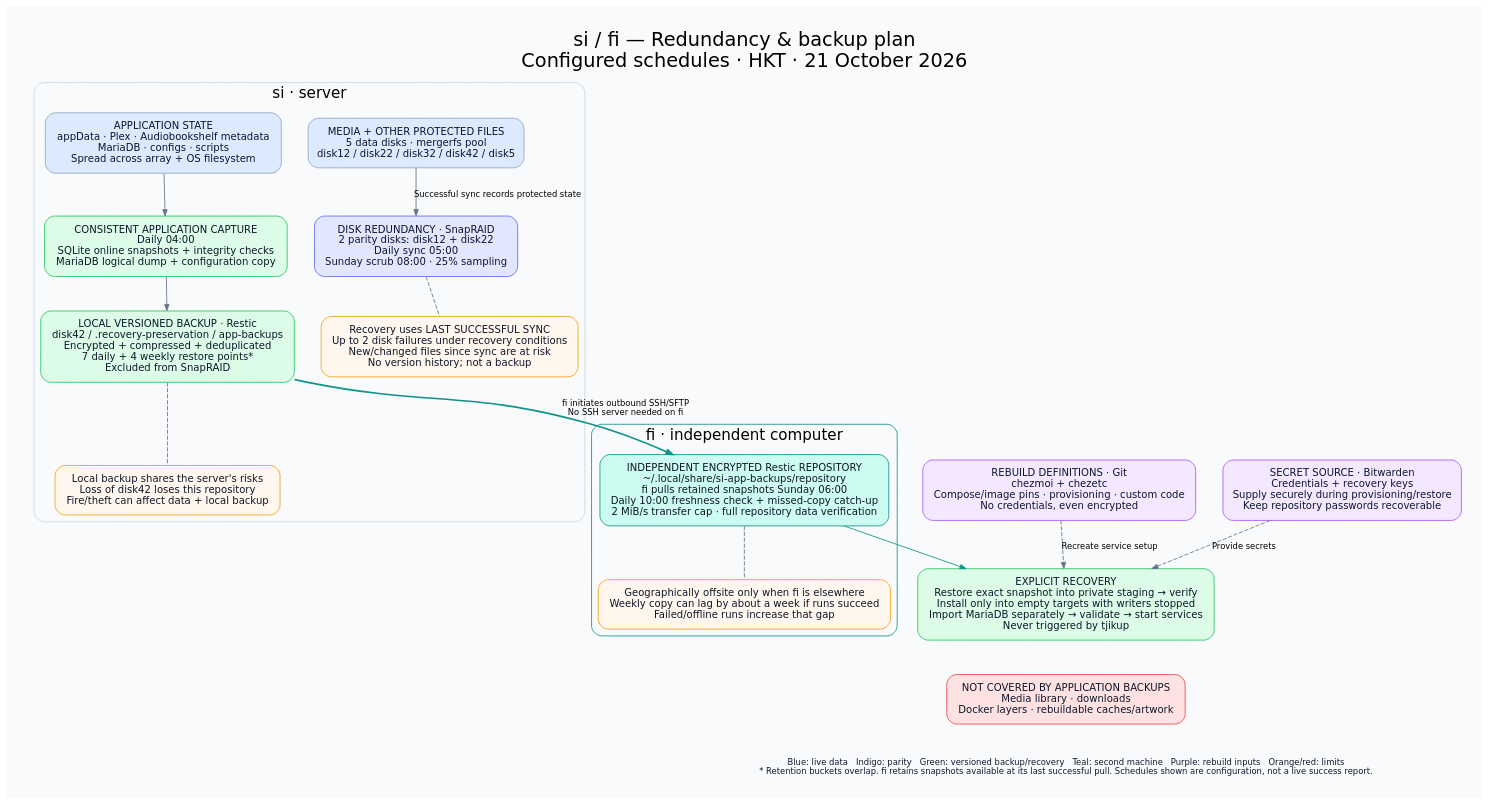
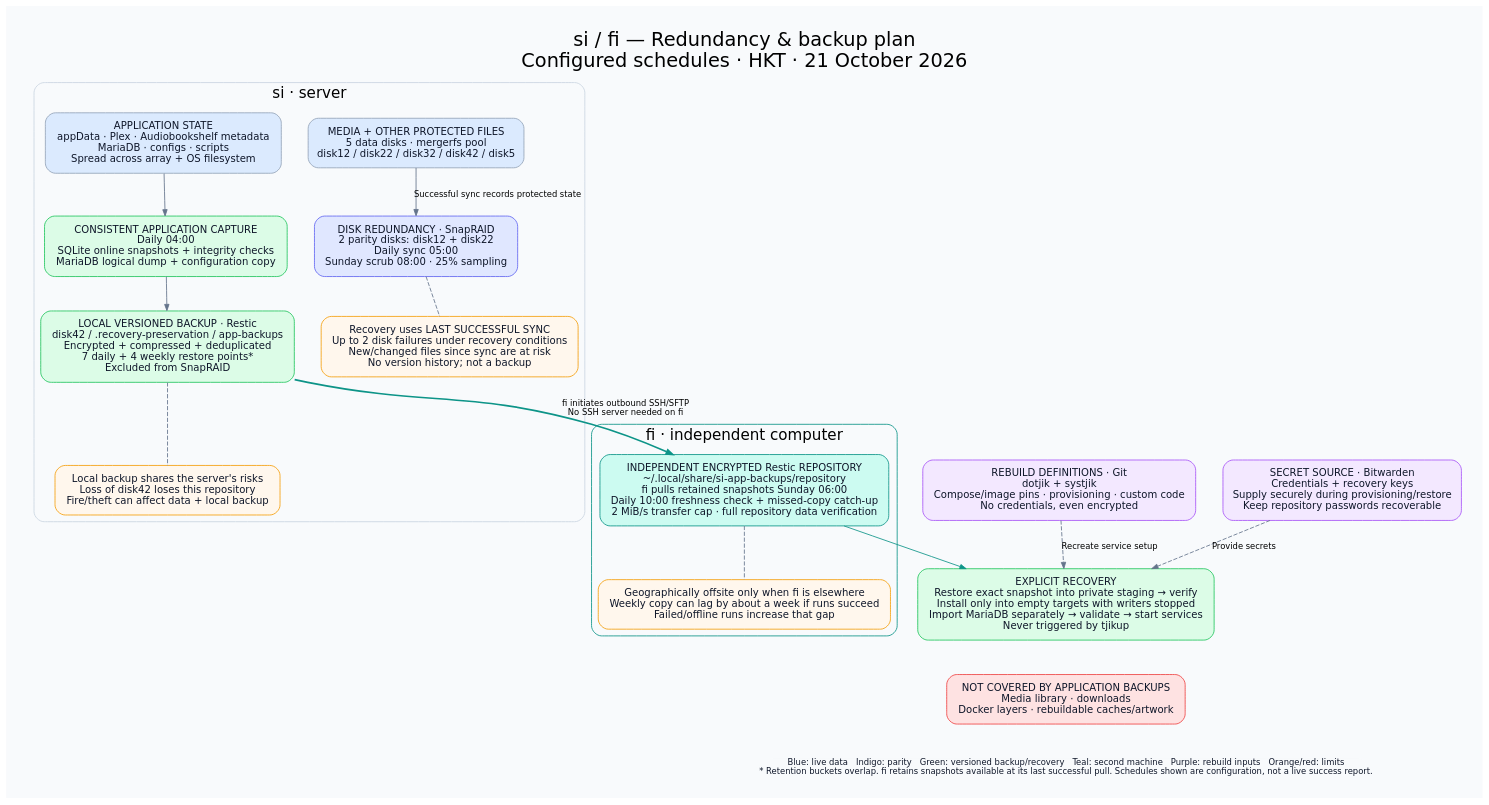
One commit to tijptjik/dotfiles changed the diagram in docs/assets/si-redundancy-backup-plan.dot. Above: the diagram before and after it, drawn with Graphviz. The commit also changed 953 other files, not shown here.

```diff
--- a/docs/assets/si-redundancy-backup-plan.dot
+++ b/docs/assets/si-redundancy-backup-plan.dot
@@ -1,39 +1,39 @@
 digraph plan {
  graph [rankdir=TB, bgcolor="#f8fafc", pad="0.35", nodesep="0.45", ranksep="0.55", fontname="DejaVu Sans", labelloc=t, label="si / fi — Redundancy & backup plan\nConfigured schedules · HKT · 21 October 2026", fontsize=23];
  node [shape=box, style="rounded,filled", fontname="DejaVu Sans", fontsize=12, margin="0.20,0.14", color="#94a3b8", fontcolor="#0f172a"];
  edge [fontname="DejaVu Sans", fontsize=10, color="#64748b", arrowsize=0.75];
  subgraph cluster_si {
   label="si · server"; fontsize=18; color="#cbd5e1"; style=rounded;
   media [fillcolor="#dbeafe", label="MEDIA + OTHER PROTECTED FILES\n5 data disks · mergerfs pool\ndisk12 / disk22 / disk32 / disk42 / disk5"];
   app [fillcolor="#dbeafe", label="APPLICATION STATE\nappData · Plex · Audiobookshelf metadata\nMariaDB · configs · scripts\nSpread across array + OS filesystem"];
   parity [fillcolor="#e0e7ff", color="#6366f1", label="DISK REDUNDANCY · SnapRAID\n2 parity disks: disk12 + disk22\nDaily sync 05:00\nSunday scrub 08:00 · 25% sampling"];
   consistent [fillcolor="#dcfce7", color="#22c55e", label="CONSISTENT APPLICATION CAPTURE\nDaily 04:00\nSQLite online snapshots + integrity checks\nMariaDB logical dump + configuration copy"];
   local [fillcolor="#dcfce7", color="#22c55e", label="LOCAL VERSIONED BACKUP · Restic\ndisk42 / .recovery-preservation / app-backups\nEncrypted + compressed + deduplicated\n7 daily + 4 weekly restore points*\nExcluded from SnapRAID"];
   paritynote [fillcolor="#fff7ed", color="#f59e0b", label="Recovery uses LAST SUCCESSFUL SYNC\nUp to 2 disk failures under recovery conditions\nNew/changed files since sync are at risk\nNo version history; not a backup"];
   localnote [fillcolor="#fff7ed", color="#f59e0b", label="Local backup shares the server's risks\nLoss of disk42 loses this repository\nFire/theft can affect data + local backup"];
   media -> parity [label="Successful sync records protected state"];
   app -> consistent -> local;
   parity -> paritynote [style=dashed, arrowhead=none];
   local -> localnote [style=dashed, arrowhead=none];
   {rank=same;media;app;}
   {rank=same;parity;consistent;}
  }
  subgraph cluster_fi {
   label="fi · independent computer"; fontsize=18; color="#0d9488"; style=rounded;
   offsite [fillcolor="#ccfbf1", color="#0d9488", label="INDEPENDENT ENCRYPTED Restic REPOSITORY\n~/.local/share/si-app-backups/repository\nfi pulls retained snapshots Sunday 06:00\nDaily 10:00 freshness check + missed-copy catch-up\n2 MiB/s transfer cap · full repository data verification"];
   offnote [fillcolor="#fff7ed", color="#f59e0b", label="Geographically offsite only when fi is elsewhere\nWeekly copy can lag by about a week if runs succeed\nFailed/offline runs increase that gap"];
   offsite -> offnote [style=dashed, arrowhead=none];
  }
  local -> offsite [label="fi initiates outbound SSH/SFTP\nNo SSH server needed on fi", color="#0d9488", penwidth=2];
- git [fillcolor="#f3e8ff", color="#a855f7", label="REBUILD DEFINITIONS · Git\nchezmoi + chezetc\nCompose/image pins · provisioning · custom code\nNo credentials, even encrypted"];
+ git [fillcolor="#f3e8ff", color="#a855f7", label="REBUILD DEFINITIONS · Git\ndotjik + systjik\nCompose/image pins · provisioning · custom code\nNo credentials, even encrypted"];
  vault [fillcolor="#f3e8ff", color="#a855f7", label="SECRET SOURCE · Bitwarden\nCredentials + recovery keys\nSupply securely during provisioning/restore\nKeep repository passwords recoverable"];
  restore [fillcolor="#dcfce7", color="#22c55e", label="EXPLICIT RECOVERY\nRestore exact snapshot into private staging → verify\nInstall only into empty targets with writers stopped\nImport MariaDB separately → validate → start services\nNever triggered by tjikup"];
  offsite -> restore [color="#0d9488"];
  git -> restore [style=dashed,label="Recreate service setup"];
  vault -> restore [style=dashed,label="Provide secrets"];
  {rank=same;git;vault;}
  exclusions [fillcolor="#fee2e2", color="#ef4444", label="NOT COVERED BY APPLICATION BACKUPS\nMedia library · downloads\nDocker layers · rebuildable caches/artwork"];
  restore -> exclusions [style=invis];
  foot [shape=plain, fillcolor="#f8fafc", fontsize=10, label="Blue: live data   Indigo: parity   Green: versioned backup/recovery   Teal: second machine   Purple: rebuild inputs   Orange/red: limits\n* Retention buckets overlap. fi retains snapshots available at its last successful pull. Schedules shown are configuration, not a live success report."];
  exclusions -> foot [style=invis];
 }
```
